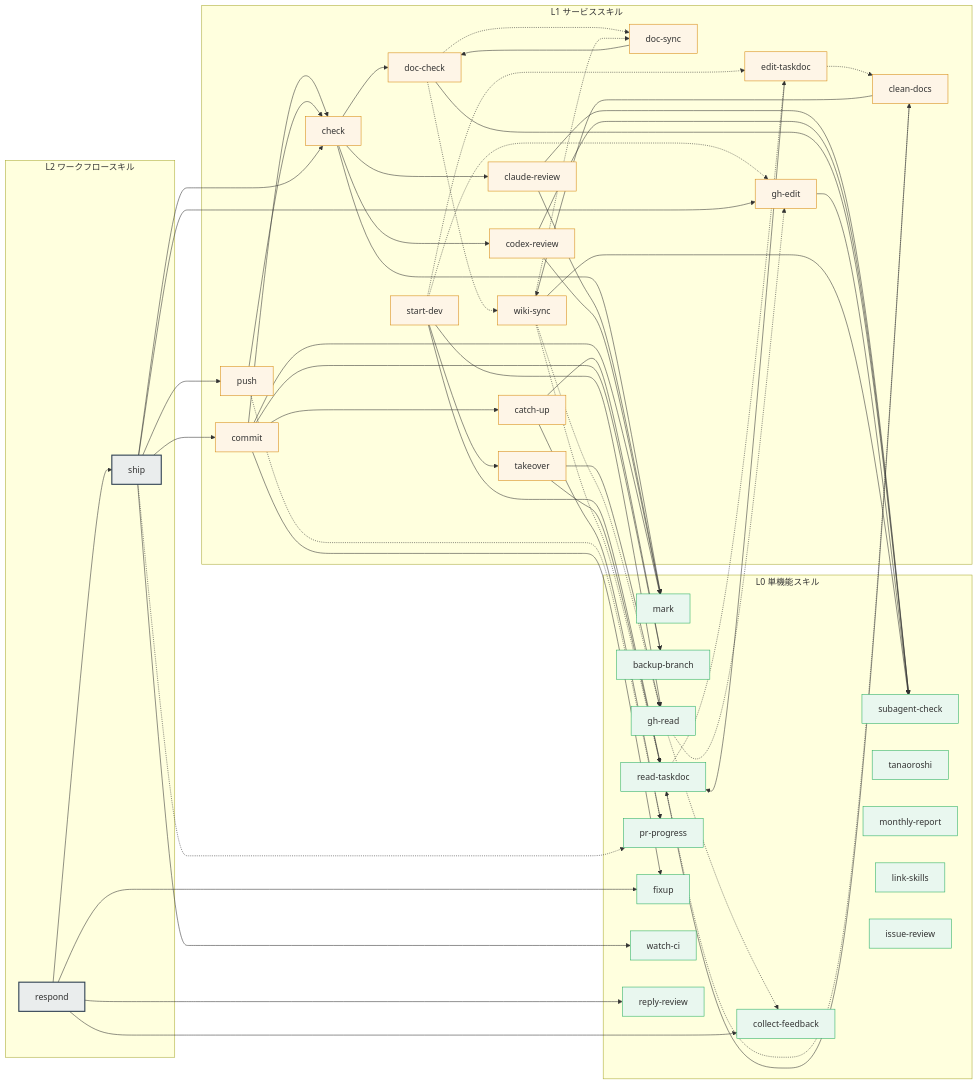
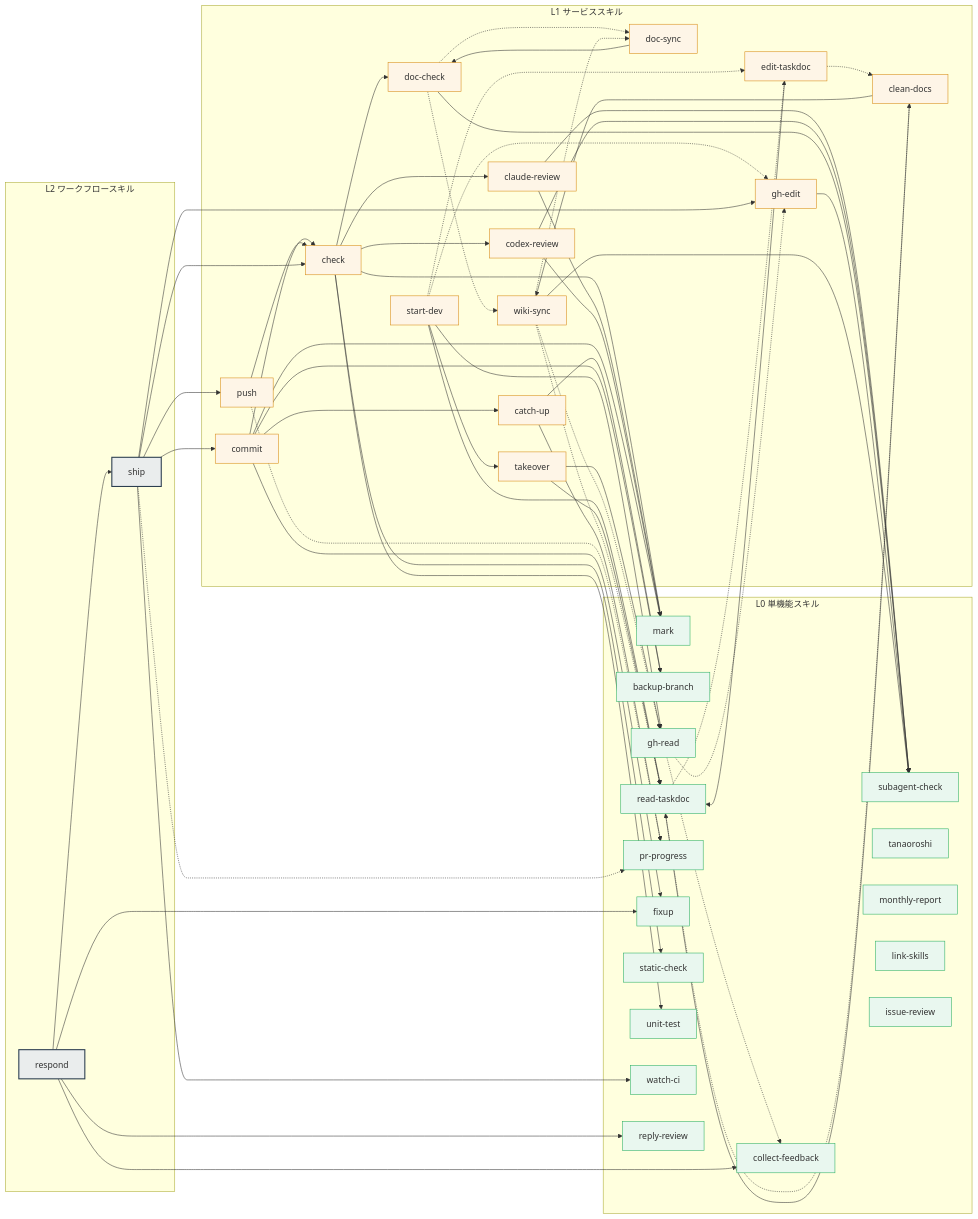
The second of 2 diagrams in README.md (mistbind3u88/bonsai), drawn with Mermaid before and after one commit. The commit also changed other lines of this file and 10 other files, not shown here.

First line of the commit message:
feat: lint/build/test の実行を L0 スキルに切り出し check を薄くする

```diff
--- a/README.md
+++ b/README.md
@@ -115,6 +117,8 @@
         read-taskdoc:::l0
         pr-progress:::l0
         fixup:::l0
+        static-check:::l0
+        unit-test:::l0
         tanaoroshi:::l0
         monthly-report:::l0
         link-skills:::l0
@@ -127,6 +131,8 @@
     catch-up --> backup-branch
     catch-up --> pr-progress
     check --> mark
+    check --> static-check
+    check --> unit-test
     check --> doc-check
     check --> claude-review
     check --> codex-review
```
